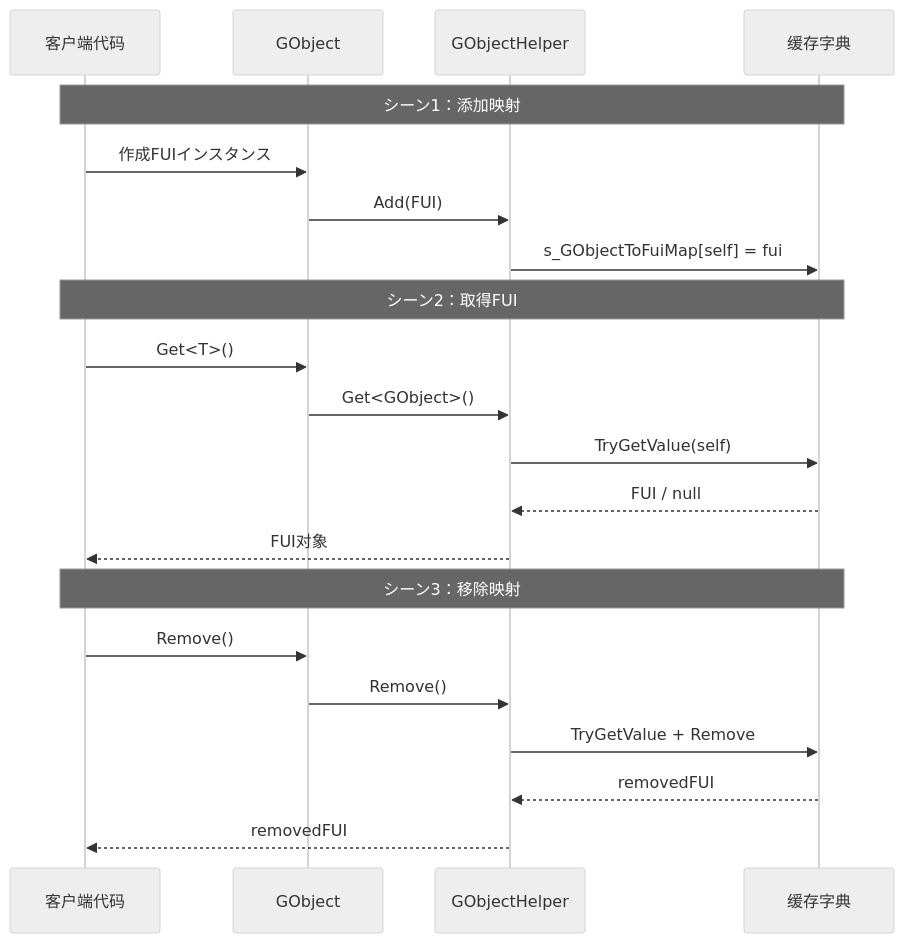
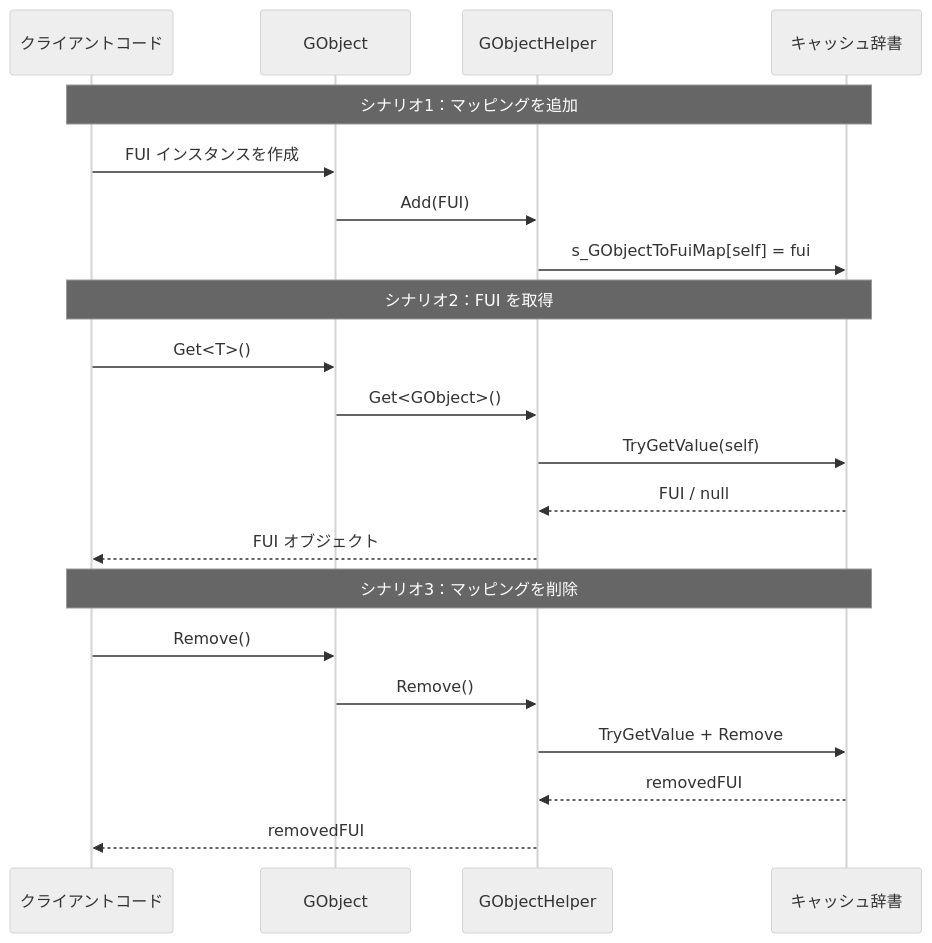
The second of 2 diagrams in docs/ja/client/unity/component/ui-fairygui/12.gobject-helper.md (AlianBlank/GameFrameX.Docs), drawn with Mermaid (neutral theme) before and after one commit. The commit also changed other lines of this file and 320 other files, not shown here.

````diff
--- a/docs/ja/client/unity/component/ui-fairygui/12.gobject-helper.md
+++ b/docs/ja/client/unity/component/ui-fairygui/12.gobject-helper.md
@@ -108,26 +108,26 @@
 ```mermaid
 sequenceDiagram
-    participant Client as 客户端代码
+    participant Client as クライアントコード
     participant GObj as GObject
     participant Helper as GObjectHelper
-    participant Cache as 缓存字典
+    participant Cache as キャッシュ辞書
 
-    Note over Client,Cache: シーン1：添加映射
-    Client->>GObj: 作成FUIインスタンス
+    Note over Client,Cache: シナリオ1：マッピングを追加
+    Client->>GObj: FUI インスタンスを作成
     GObj->>Helper: Add(FUI)
     Helper->>Cache: s_GObjectToFuiMap[self] = fui
 
-    Note over Client,Cache: シーン2：取得FUI
+    Note over Client,Cache: シナリオ2：FUI を取得
     Client->>GObj: Get<T>()
     GObj->>Helper: Get<GObject>()
     Helper->>Cache: TryGetValue(self)
     Cache-->>Helper: FUI / null
-    Helper-->>Client: FUI对象
+    Helper-->>Client: FUI オブジェクト
 
-    Note over Client,Cache: シーン3：移除映射
+    Note over Client,Cache: シナリオ3：マッピングを削除
     Client->>GObj: Remove()
     GObj->>Helper: Remove()
     Helper->>Cache: TryGetValue + Remove
     Cache-->>Helper: removedFUI
     Helper-->>Client: removedFUI
 ```
````
